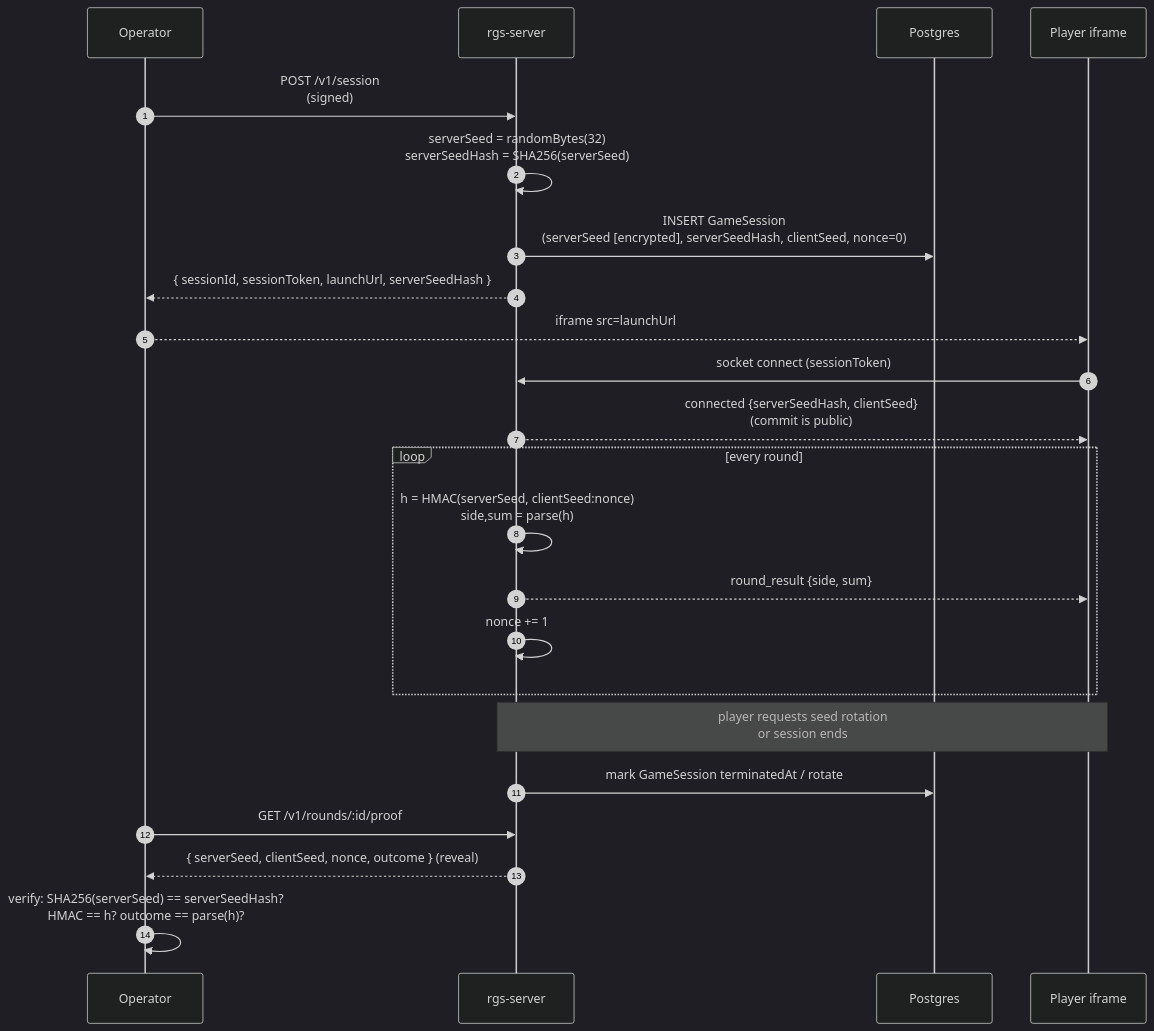
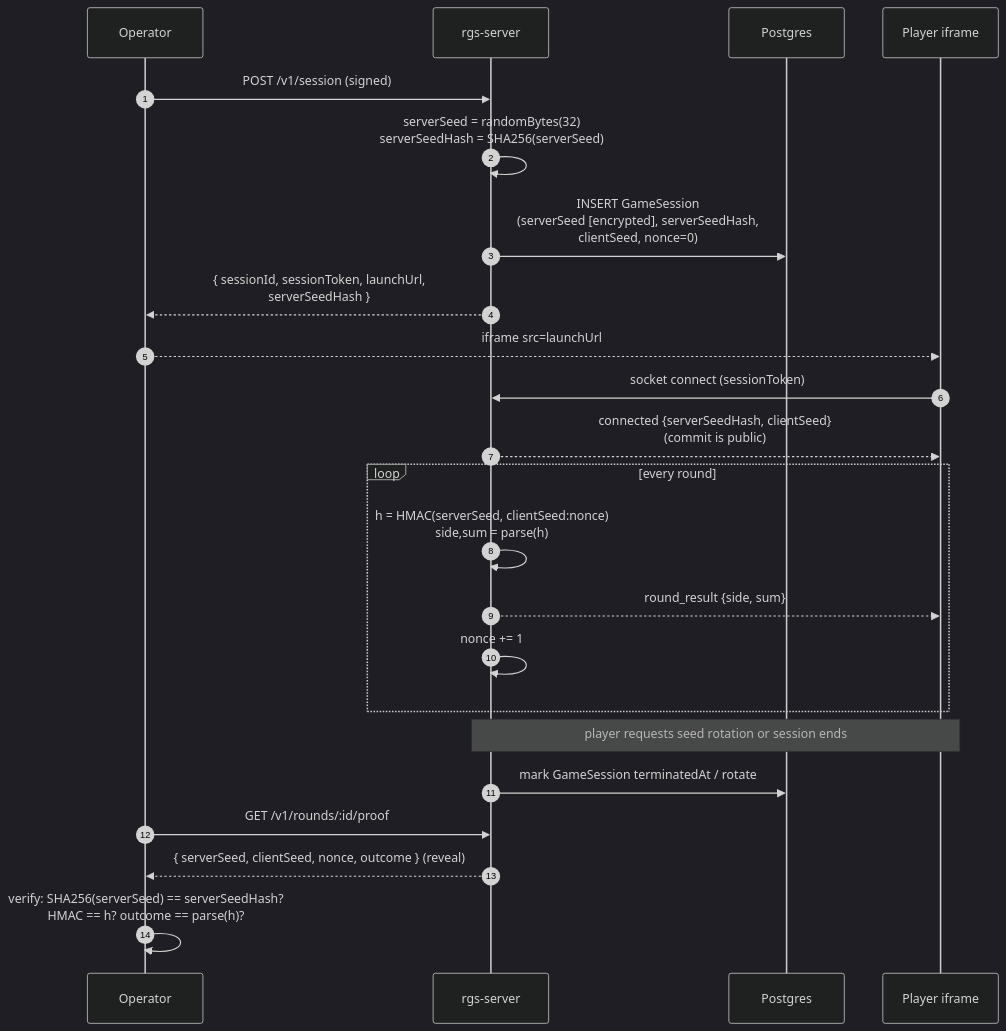
The eighth of 9 diagrams in docs/architecture.md (dinethlive/yantra-gaming), drawn with Mermaid (dark theme) before and after one commit. The commit also changed other lines of this file, not shown here.

First line of the commit message:
docs(architecture): fix mermaid rendering and color contrast

````diff
--- a/docs/architecture.md
+++ b/docs/architecture.md
@@ -337,30 +300,30 @@
 ```mermaid
 sequenceDiagram
     autonumber
     participant Op as Operator
     participant R as rgs-server
     participant DB as Postgres
     participant P as Player iframe
 
-    Op->>R: POST /v1/session<br/>(signed)
+    Op->>R: POST /v1/session (signed)
     R->>R: serverSeed = randomBytes(32)<br/>serverSeedHash = SHA256(serverSeed)
-    R->>DB: INSERT GameSession<br/>(serverSeed [encrypted], serverSeedHash, clientSeed, nonce=0)
-    R-->>Op: { sessionId, sessionToken, launchUrl, serverSeedHash }
+    R->>DB: INSERT GameSession<br/>(serverSeed [encrypted], serverSeedHash,<br/>clientSeed, nonce=0)
+    R-->>Op: { sessionId, sessionToken, launchUrl,<br/>serverSeedHash }
     Op-->>P: iframe src=launchUrl
 
     P->>R: socket connect (sessionToken)
     R-->>P: connected {serverSeedHash, clientSeed}<br/>(commit is public)
 
     loop every round
         R->>R: h = HMAC(serverSeed, clientSeed:nonce)<br/>side,sum = parse(h)
         R-->>P: round_result {side, sum}
         R->>R: nonce += 1
     end
 
-    Note over P,R: player requests seed rotation<br/>or session ends
+    Note over P,R: player requests seed rotation or session ends
 
     R->>DB: mark GameSession terminatedAt / rotate
     Op->>R: GET /v1/rounds/:id/proof
     R-->>Op: { serverSeed, clientSeed, nonce, outcome } (reveal)
     Op->>Op: verify: SHA256(serverSeed) == serverSeedHash?<br/>HMAC == h? outcome == parse(h)?
 ```
````
